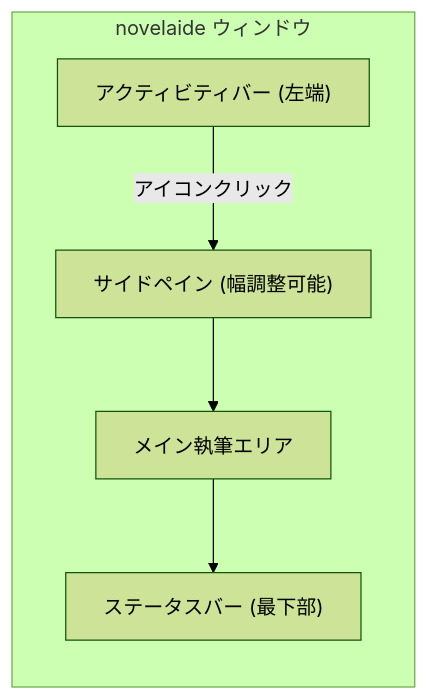
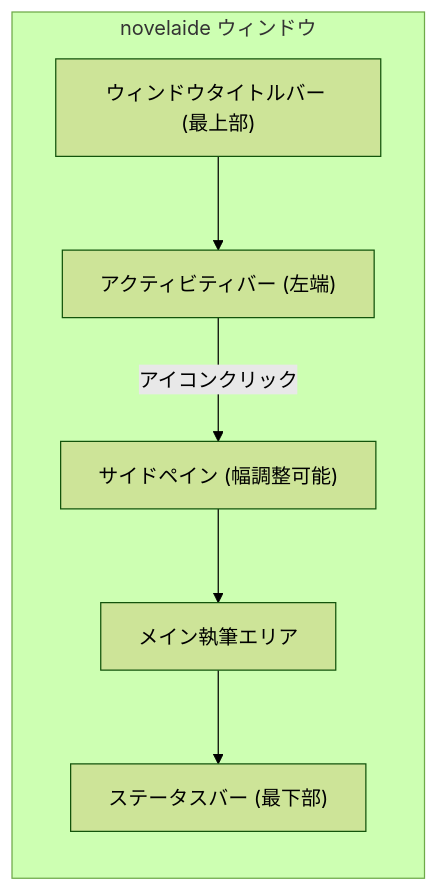
One commit to mituha/novelaide changed the diagram in docs/manual/画面構成とテーマの切り替え.md. Above: the diagram before and after it, drawn with Mermaid (forest theme). The commit also changed other lines of this file and 11 other files, not shown here.

````diff
--- a/docs/manual/画面構成とテーマの切り替え.md
+++ b/docs/manual/画面構成とテーマの切り替え.md
@@ -11,13 +11,15 @@
 ```mermaid
 graph LR
     subgraph Layout["novelaide ウィンドウ"]
+        TitleBar["ウィンドウタイトルバー (最上部)"]
         ActivityBar["アクティビティバー (左端)"]
         SidePane["サイドペイン (幅調整可能)"]
         MainArea["メイン執筆エリア"]
         StatusBar["ステータスバー (最下部)"]
     end
 
+    TitleBar --> ActivityBar
     ActivityBar -->|"アイコンクリック"| SidePane
     SidePane --> MainArea
     MainArea --> StatusBar
 ```
````
